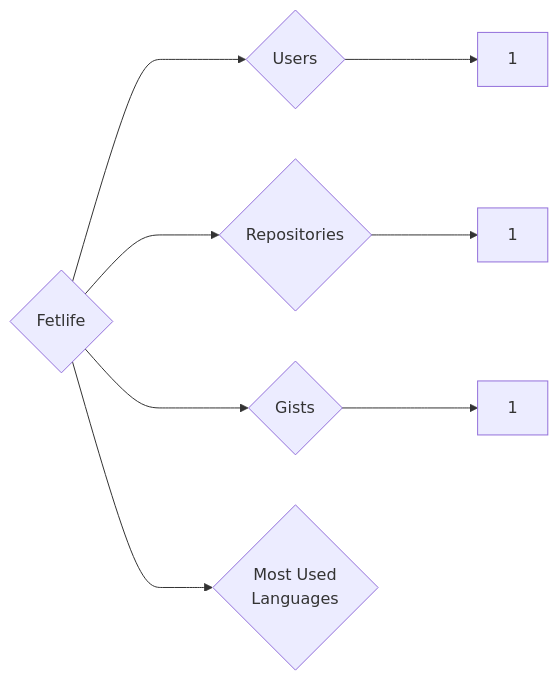
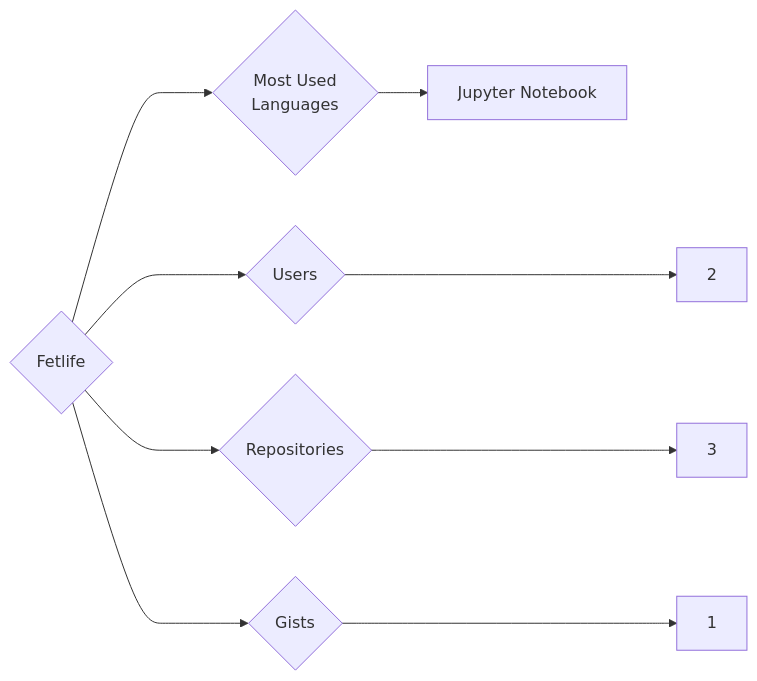
Before and after one commit to trickest/insiders: the diagram in targets/Fetlife/README.md, drawn with Mermaid. The commit also changed 985 other files, not shown here.

````diff
--- a/targets/Fetlife/README.md
+++ b/targets/Fetlife/README.md
@@ -3,8 +3,9 @@
 ```mermaid
 graph LR
 COMPANY_NAME{Fetlife}
-COMPANY_NAME ---> U{Users} ---> UN[1]
-COMPANY_NAME ---> R{Repositories} ---> RN[1]
+COMPANY_NAME ---> U{Users} ---> UN[2]
+COMPANY_NAME ---> R{Repositories} ---> RN[3]
 COMPANY_NAME ---> G{Gists} ---> GN[1]
 COMPANY_NAME ---> ML{Most Used<br>Languages}
+ML --> Jupyter_Notebook[Jupyter Notebook]
 ```
````
